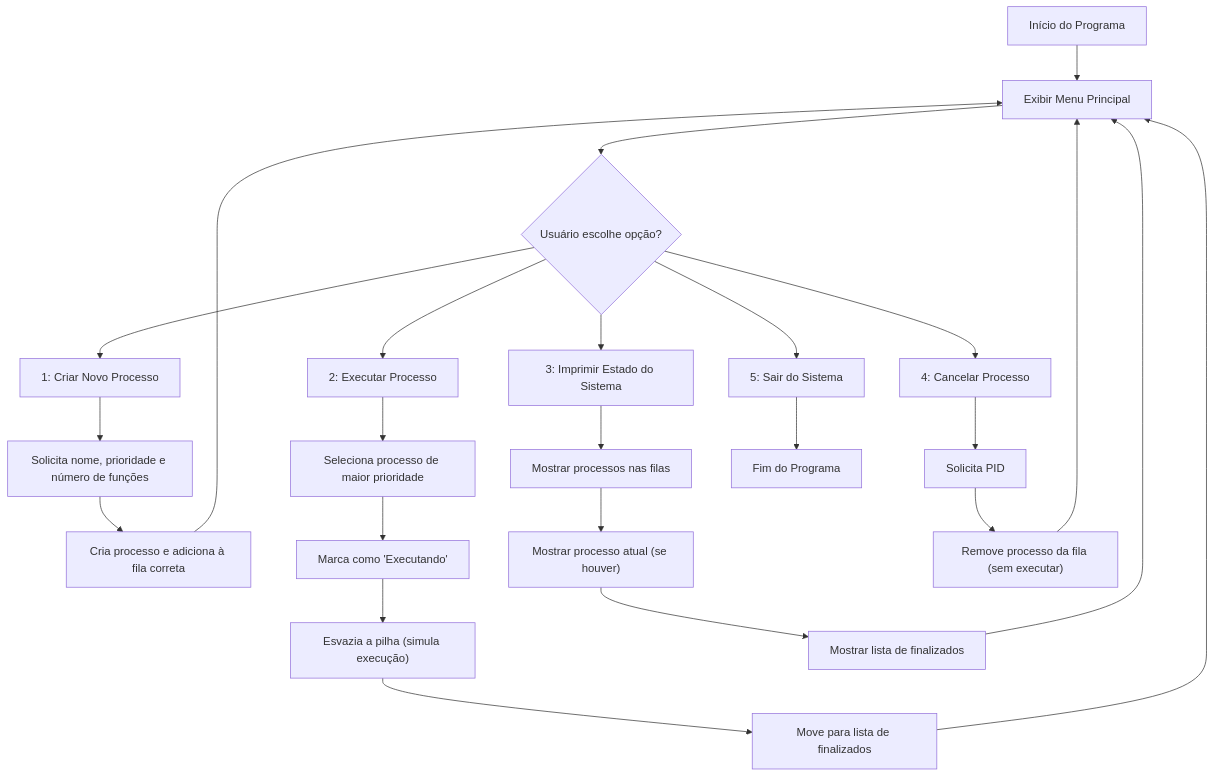
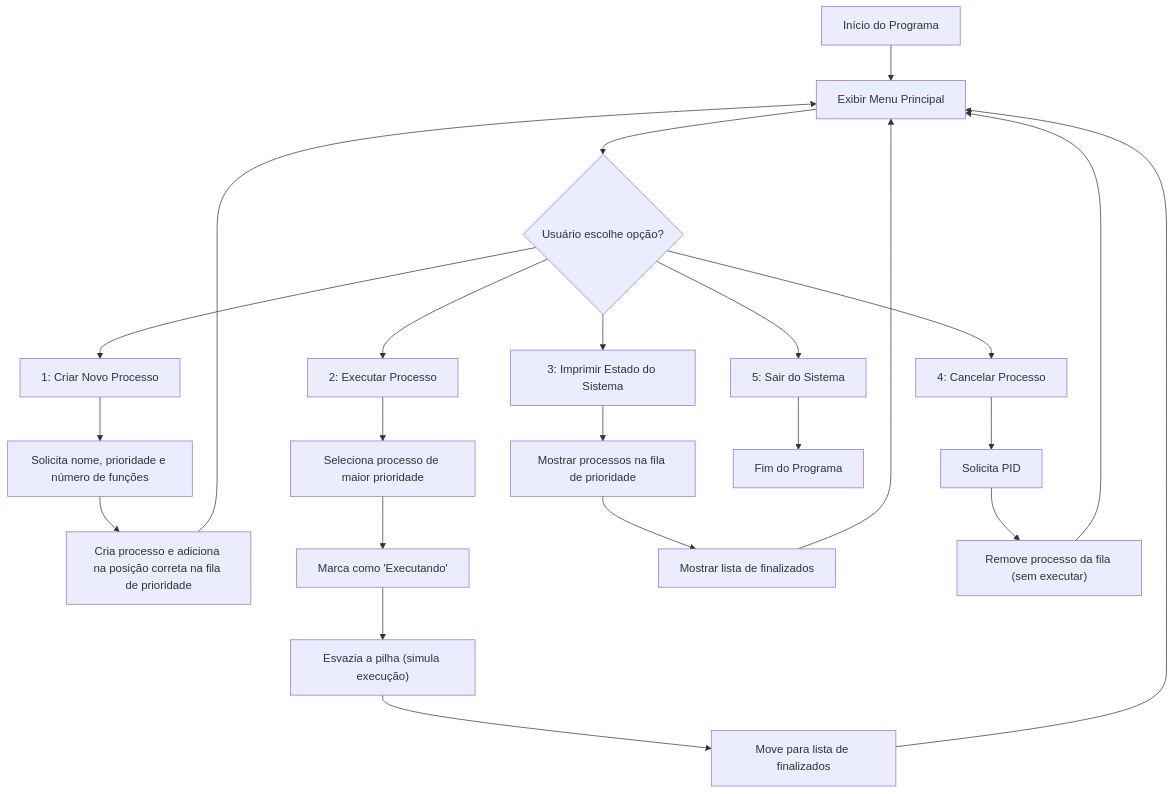
Before and after one commit to JV-NC/IPC_Trabalho2: the diagram in README.md, drawn with Mermaid.

Commit message:
correction of flowchart

````diff
--- a/README.md
+++ b/README.md
@@ -104,32 +104,31 @@
 ``` mermaid
 flowchart TD
     A[Início do Programa] --> B[Exibir Menu Principal]
     B --> D{Usuário escolhe opção?}
 
     
     D --> C1[1: Criar Novo Processo]
     C1 --> D1[Solicita nome, prioridade e número de funções]
-    D1 --> E1[Cria processo e adiciona à fila correta]
+    D1 --> E1[Cria processo e adiciona na posição correta na fila de prioridade]
     E1 --> B
 
     D --> C2[2: Executar Processo]
     C2 --> D2[Seleciona processo de maior prioridade]
     D2 --> E2[Marca como 'Executando']
     E2 --> F2["Esvazia a pilha (simula execução)"]
     F2 --> G2[Move para lista de finalizados]
     G2 --> B
 
     D --> C3[3: Imprimir Estado do Sistema]
-    C3 --> D3[Mostrar processos nas filas]
-    D3 --> E3["Mostrar processo atual (se houver)"]
-    E3 --> F3[Mostrar lista de finalizados]
+    C3 --> D3[Mostrar processos na fila de prioridade]
+    D3 --> F3[Mostrar lista de finalizados]
     F3 --> B
 
     D --> C4[4: Cancelar Processo]
     C4 --> D4[Solicita PID]
     D4 --> E4["Remove processo da fila (sem executar)"]
     E4 --> B
 
     D --> C5[5: Sair do Sistema]
     C5 --> Z[Fim do Programa]
 ```
````
